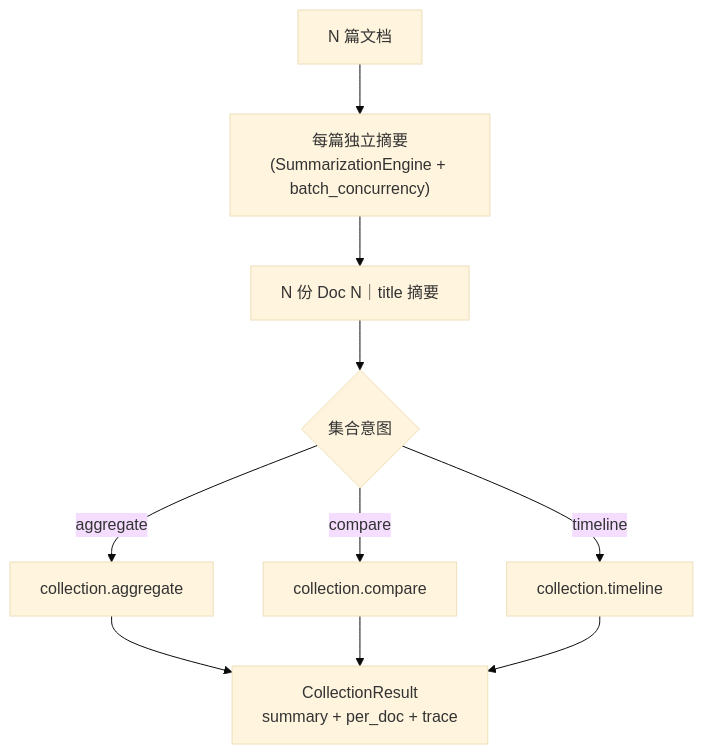
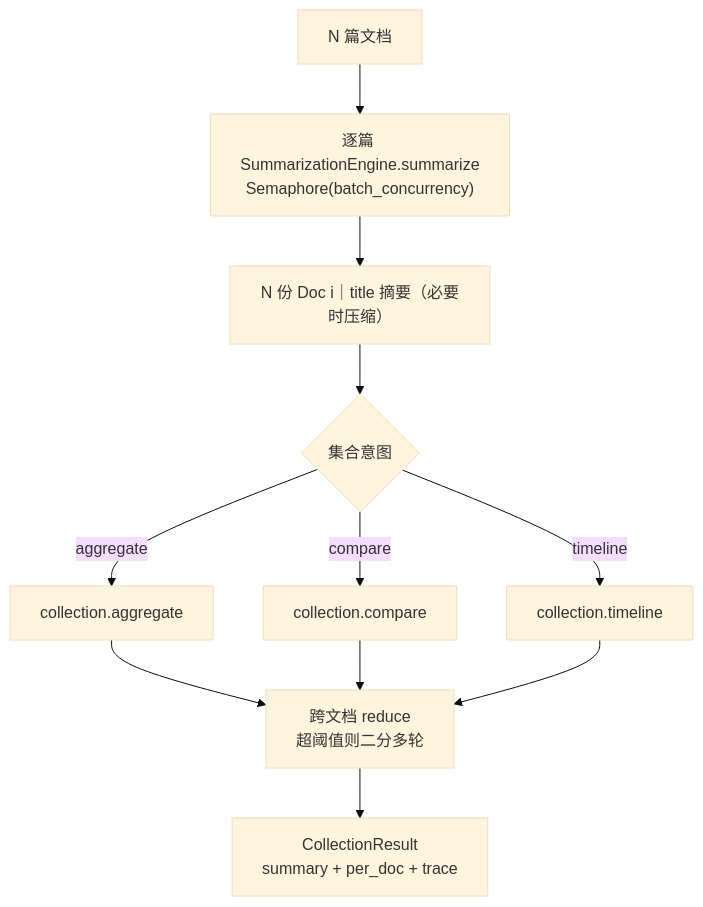
Before and after one commit to DemonDamon/AgenticX-LongTextSummarizer: the sixth of 7 diagrams in README.md, drawn with Mermaid (base theme). The commit also changed other lines of this file and 6 other files, not shown here.

````diff
--- a/README.md
+++ b/README.md
@@ -517,12 +284,13 @@
 ```mermaid
 flowchart TB
-    DOCS["N 篇文档"] --> PER["每篇独立摘要\n(SummarizationEngine + batch_concurrency)"]
-    PER --> PS["N 份 Doc N｜title 摘要"]
+    DOCS["N 篇文档"] --> PER["逐篇 SummarizationEngine.summarize<br/>Semaphore(batch_concurrency)"]
+    PER --> PS["N 份 Doc i｜title 摘要（必要时压缩）"]
     PS --> XR{集合意图}
     XR -->|aggregate| AGG["collection.aggregate"]
     XR -->|compare| CMP["collection.compare"]
     XR -->|timeline| TL["collection.timeline"]
-    AGG --> OUT["CollectionResult\nsummary + per_doc + trace"]
-    CMP --> OUT
-    TL --> OUT
+    AGG --> CR["跨文档 reduce<br/>超阈值则二分多轮"]
+    CMP --> CR
+    TL --> CR
+    CR --> OUT["CollectionResult<br/>summary + per_doc + trace"]
 ```
````
